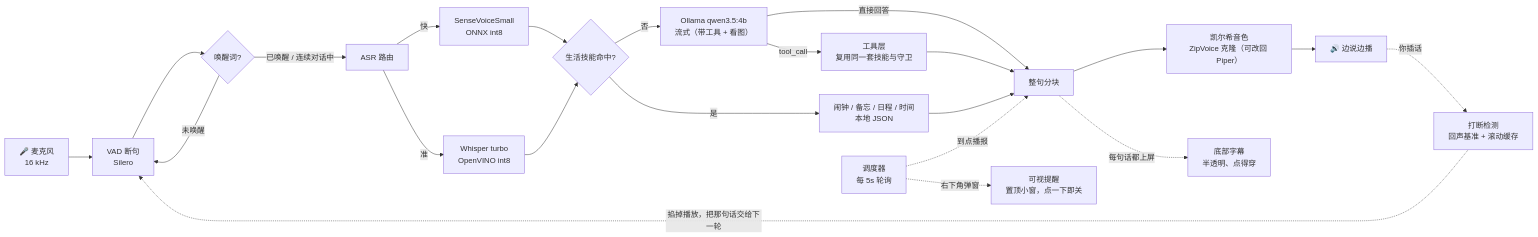
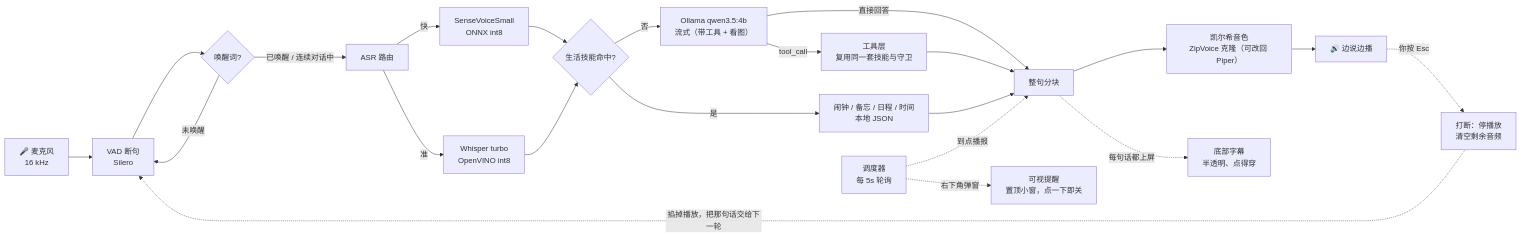
One commit to Azurwolf1024/local_assistant changed the diagram in README.md. Above: the diagram before and after it, drawn with Mermaid. The commit also changed other lines of this file and 5 other files, not shown here.

````diff
--- a/README.md
+++ b/README.md
@@ -14,26 +14,26 @@
 ```mermaid
 flowchart LR
     A["🎤 麦克风<br/>16 kHz"] --> B["VAD 断句<br/>Silero"]
     B --> C{"唤醒词?"}
     C -->|未唤醒| B
     C -->|已唤醒 / 连续对话中| D["ASR 路由"]
     D -->|快| E["SenseVoiceSmall<br/>ONNX int8"]
     D -->|准| F["Whisper turbo<br/>OpenVINO int8"]
     E --> G{"生活技能命中?"}
     F --> G
     G -->|是| H["闹钟 / 备忘 / 日程 / 时间<br/>本地 JSON"]
     G -->|否| I["Ollama qwen3.5:4b<br/>流式（带工具 + 看图）"]
     I -->|直接回答| J["整句分块"]
     I -->|tool_call| Q["工具层<br/>复用同一套技能与守卫"]
     Q --> J
     H --> J
     J --> K["凯尔希音色<br/>ZipVoice 克隆（可改回 Piper）"]
     K --> L["🔊 边说边播"]
 
     M["调度器<br/>每 5s 轮询"] -. 到点播报 .-> J
     M -. 右下角弹窗 .-> N["可视提醒<br/>置顶小窗，点一下即关"]
 
     J -. 每句话都上屏 .-> O["底部字幕<br/>半透明、点得穿"]
-    L -. 你插话 .-> P["打断检测<br/>回声基准 + 滚动缓存"]
+    L -. 你按 Esc .-> P["打断：停播放<br/>清空剩余音频"]
     P -. 掐掉播放，把那句话交给下一轮 .-> B
 ```
````
